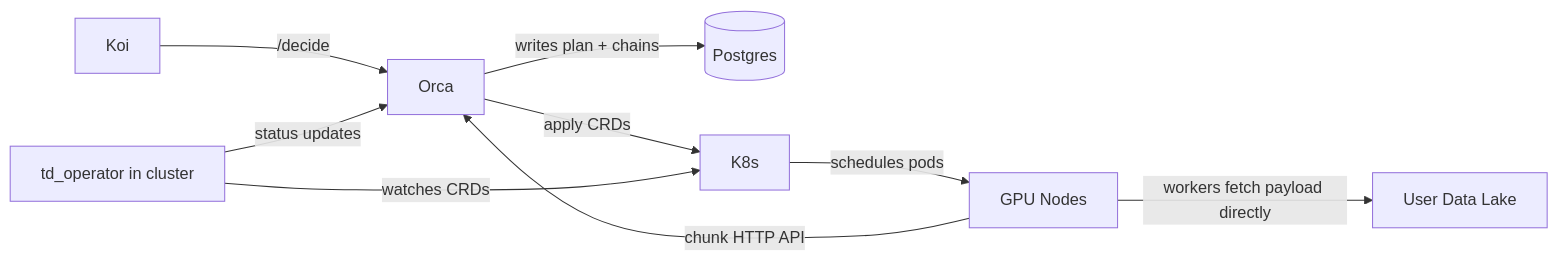
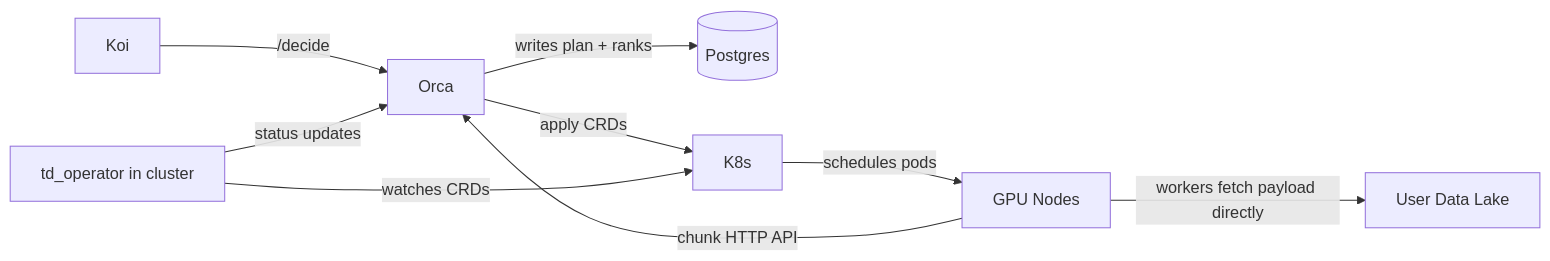
Before and after one commit to Tandemn-Labs/tandemn-store: the fifth of 5 diagrams in DATA_ARCHITECTURE.md, drawn with Mermaid. The commit also changed other lines of this file and 23 other files, not shown here.

Commit message:
feat(store): replace chains with canonical ranks

````diff
--- a/DATA_ARCHITECTURE.md
+++ b/DATA_ARCHITECTURE.md
@@ -481,11 +479,11 @@
 ```mermaid
 flowchart LR
     Koi -- /decide --> Orca
-    Orca -- writes plan + chains --> PG[(Postgres)]
+    Orca -- writes plan + ranks --> PG[(Postgres)]
     Orca -- apply CRDs --> K8s
     K8s -- schedules pods --> Nodes[GPU Nodes]
     Operator[td_operator in cluster] -- watches CRDs --> K8s
     Operator -- status updates --> Orca
     Nodes -- workers fetch payload directly --> Lake[User Data Lake]
     Nodes -- chunk HTTP API --> Orca
 ```
````
